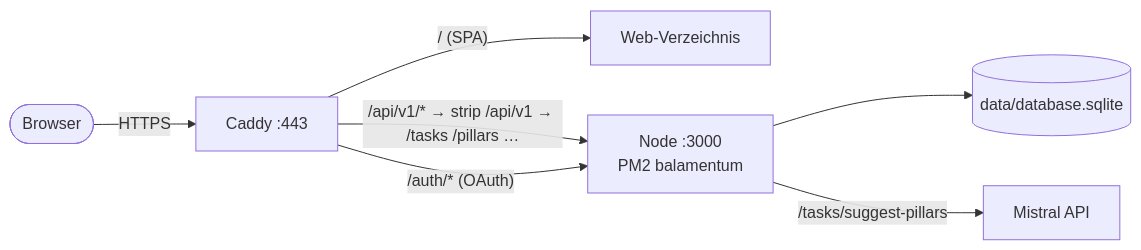
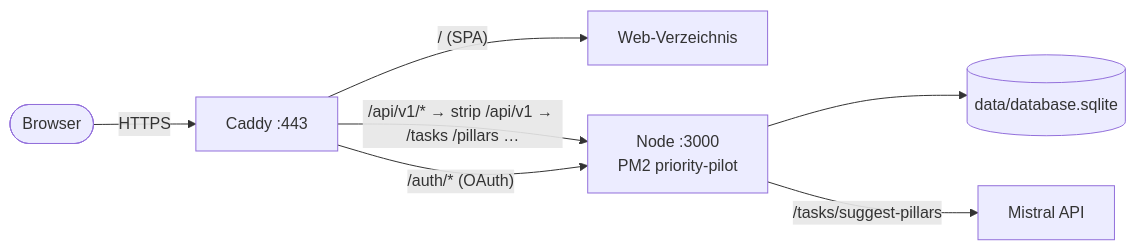
Before and after one commit to deleonio/priority-pilot: the second of 2 diagrams in docs/server-setup.md, drawn with Mermaid. The commit also changed other lines of this file and 56 other files, not shown here.

First line of the commit message:
refactor: technische Bezeichner bleiben vorerst priority-pilot

````diff
--- a/docs/server-setup.md
+++ b/docs/server-setup.md
@@ -27,9 +27,9 @@
 ```mermaid
 flowchart LR
     user(["Browser"]) -->|HTTPS| caddy["Caddy :443"]
     caddy -->|"/ (SPA)"| spa["Web-Verzeichnis"]
-    caddy -->|"/api/v1/* → strip /api/v1 → /tasks /pillars …"| node["Node :3000<br/>PM2 balamentum"]
+    caddy -->|"/api/v1/* → strip /api/v1 → /tasks /pillars …"| node["Node :3000<br/>PM2 priority-pilot"]
     caddy -->|"/auth/* (OAuth)"| node
     node --> db[("data/database.sqlite")]
     node -->|"/tasks/suggest-pillars"| mistral["Mistral API"]
 ```
````
